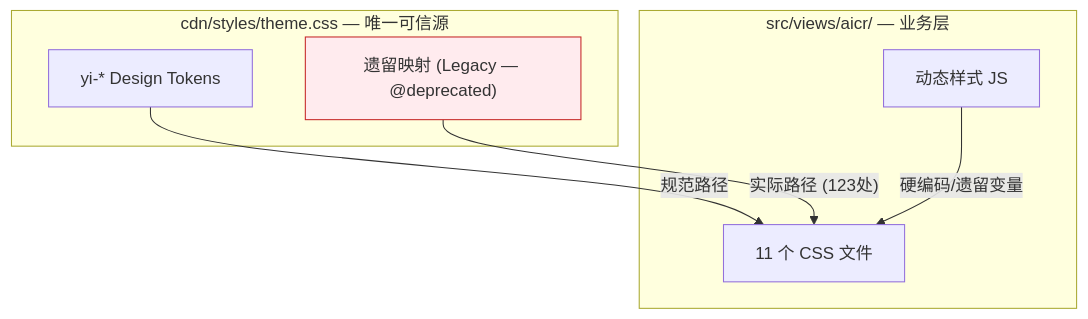
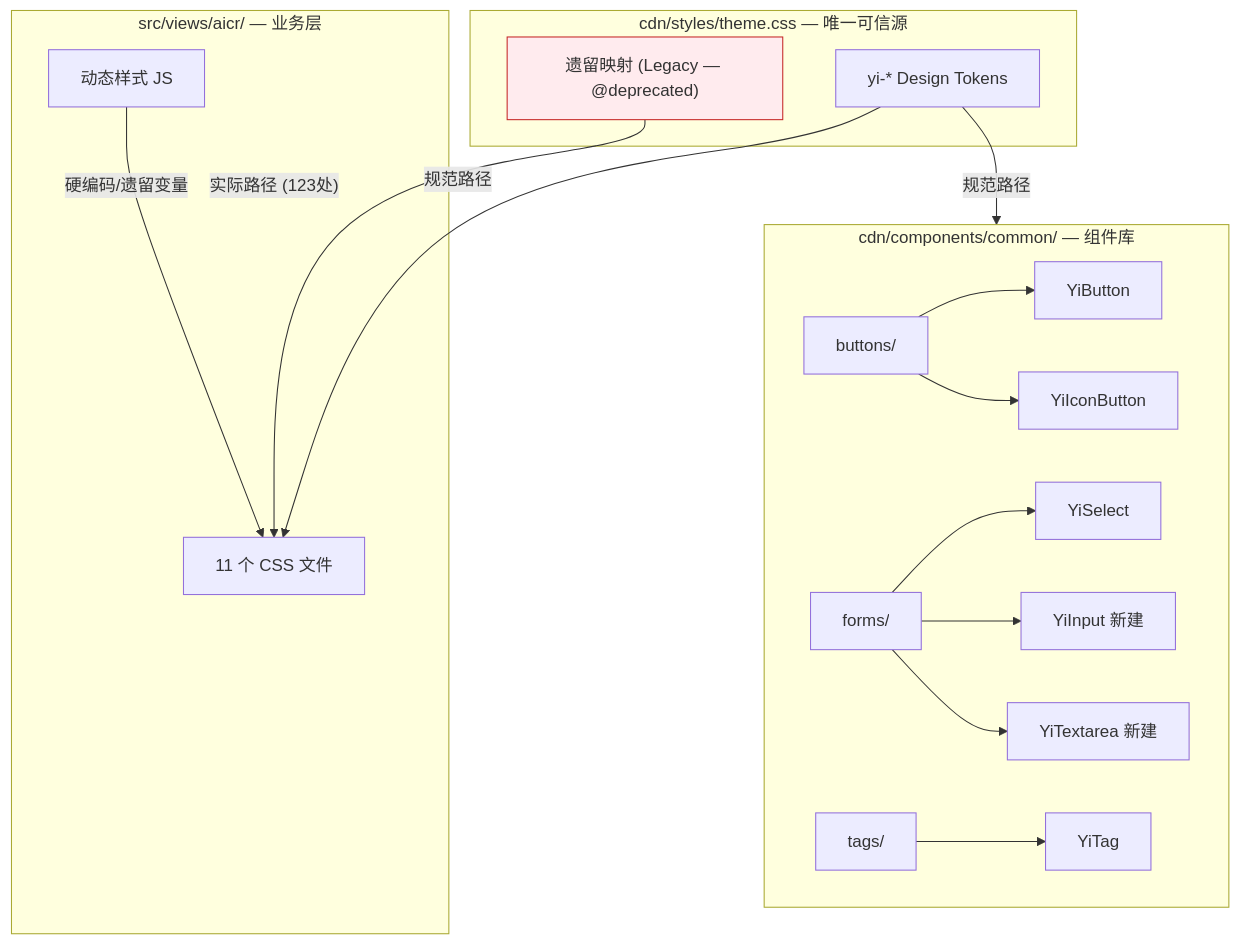
The first of 3 diagrams in docs/故事任务面板/YiWeb/YiWeb-unify-theme-colors/03-前端技术评审.md (effiy/YiWeb), drawn with Mermaid before and after one commit. The commit also changed other lines of this file and 9 other files, not shown here.

````diff
--- a/docs/故事任务面板/YiWeb/YiWeb-unify-theme-colors/03-前端技术评审.md
+++ b/docs/故事任务面板/YiWeb/YiWeb-unify-theme-colors/03-前端技术评审.md
@@ -9,15 +9,27 @@
 ```mermaid
 flowchart TD
     subgraph Theme["cdn/styles/theme.css — 唯一可信源"]
         YI[yi-* Design Tokens]
         LEG["遗留映射 (Legacy — @deprecated)"]
     end
+    subgraph Components["cdn/components/common/ — 组件库"]
+        BTN[buttons/]
+        FRM[forms/]
+        TAG[tags/]
+        BTN --> B1[YiButton]
+        BTN --> B2[YiIconButton]
+        FRM --> F1[YiSelect]
+        FRM --> F2[YiInput 新建]
+        FRM --> F3[YiTextarea 新建]
+        TAG --> T1[YiTag]
+    end
     subgraph App["src/views/aicr/ — 业务层"]
         CSS[11 个 CSS 文件]
         JS[动态样式 JS]
     end
+    YI --"规范路径"--> Components
     YI --"规范路径"--> CSS
     LEG --"实际路径 (123处)"--> CSS
     JS --"硬编码/遗留变量"--> CSS
     style LEG fill:#ffebee,stroke:#c62828
 ```
````
